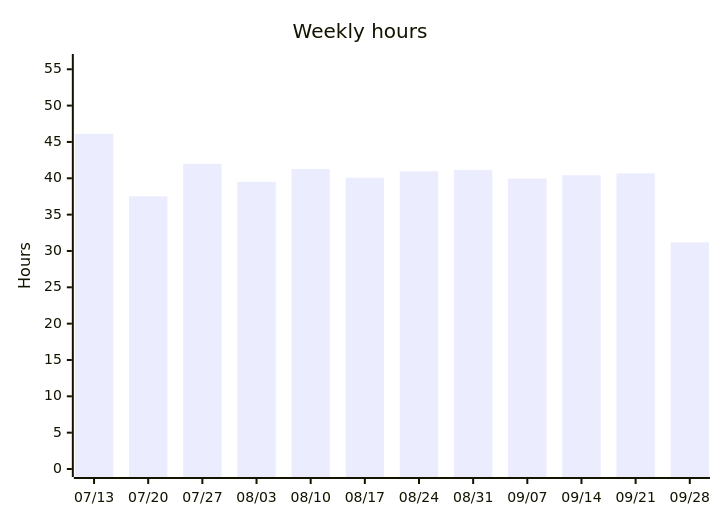
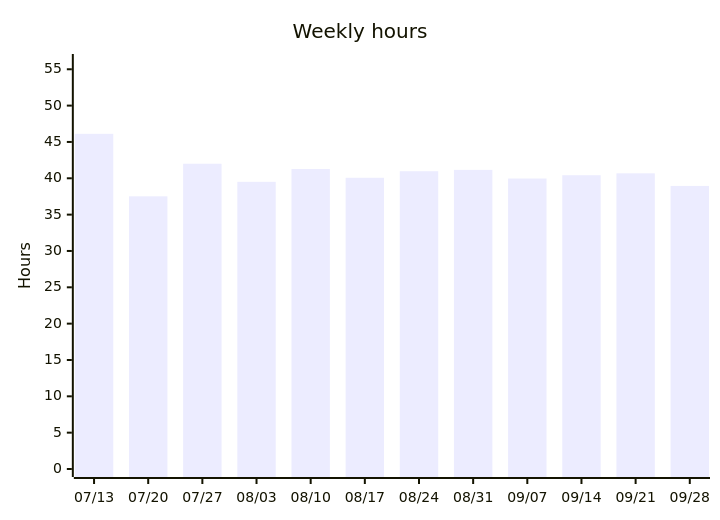
Before and after one commit to albinforsberg-netizen/timeclock: the third of 5 diagrams in README.org, drawn with Mermaid. The commit also changed other lines of this file, not shown here.

```diff
--- a/README.org
+++ b/README.org
@@ -110,7 +110,7 @@
 #+begin_src mermaid
 xychart-beta
     title "Weekly hours"
     x-axis ["07/13", "07/20", "07/27", "08/03", "08/10", "08/17", "08/24", "08/31", "09/07", "09/14", "09/21", "09/28"]
     y-axis "Hours" 0 --> 56
-    bar [46.12, 37.52, 42.00, 39.51, 41.28, 40.07, 40.97, 41.16, 39.97, 40.42, 40.68, 31.18]
+    bar [46.12, 37.52, 42.00, 39.51, 41.28, 40.07, 40.97, 41.16, 39.97, 40.42, 40.68, 38.95]
 #+end_src
```
